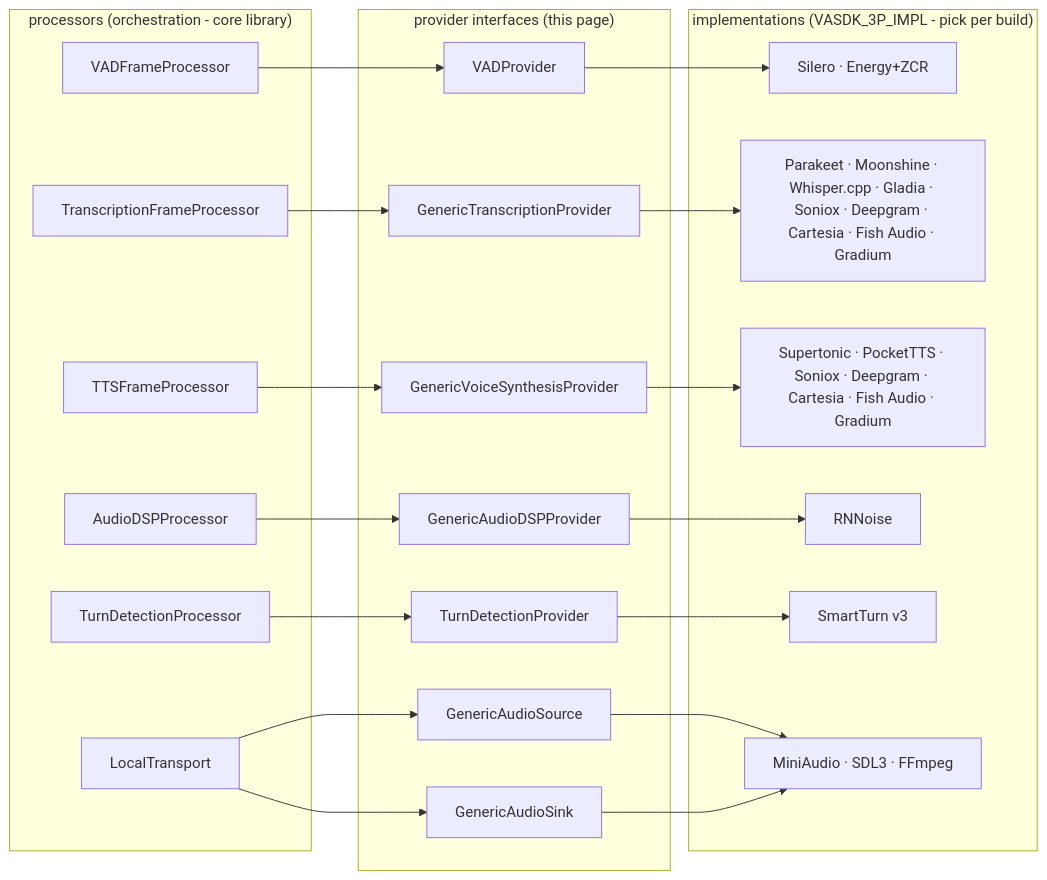
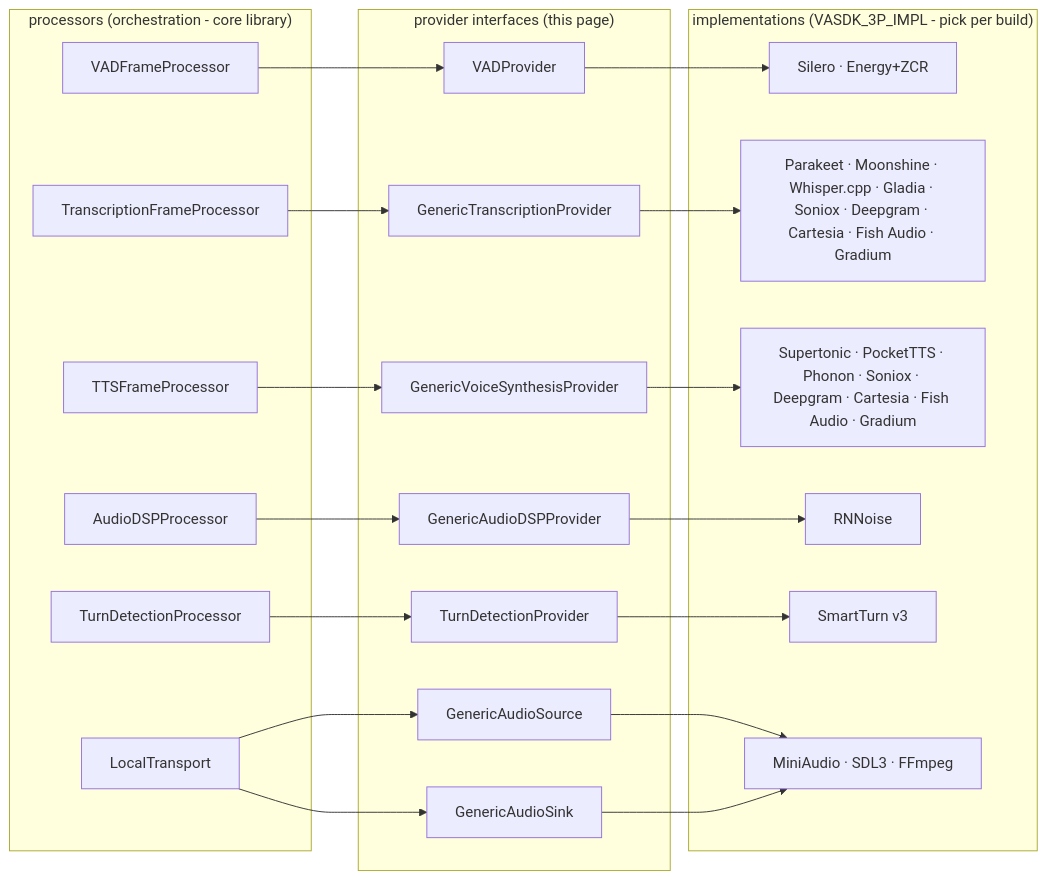
Before and after one commit to fatehmtd/VASDK: the diagram in docs/reference/providers.md, drawn with Mermaid. The commit also changed other lines of this file and 36 other files, not shown here.

````diff
--- a/docs/reference/providers.md
+++ b/docs/reference/providers.md
@@ -7,34 +7,34 @@
 ```mermaid
 flowchart LR
     subgraph Processors["processors (orchestration - core library)"]
         VADP["VADFrameProcessor"]
         STTP["TranscriptionFrameProcessor"]
         TTSP["TTSFrameProcessor"]
         DSPP["AudioDSPProcessor"]
         TDP["TurnDetectionProcessor"]
         LT["LocalTransport"]
     end
     subgraph Providers["provider interfaces (this page)"]
         VAD["VADProvider"]
         STT["GenericTranscriptionProvider"]
         TTS["GenericVoiceSynthesisProvider"]
         DSP["GenericAudioDSPProvider"]
         TD["TurnDetectionProvider"]
         SRC["GenericAudioSource"]
         SNK["GenericAudioSink"]
     end
     subgraph Impls["implementations (VASDK_3P_IMPL - pick per build)"]
         I1["Silero · Energy+ZCR"]
         I2["Parakeet · Moonshine · Whisper.cpp · Gladia · Soniox · Deepgram · Cartesia · Fish Audio · Gradium"]
-        I3["Supertonic · PocketTTS · Soniox · Deepgram · Cartesia · Fish Audio · Gradium"]
+        I3["Supertonic · PocketTTS · Phonon · Soniox · Deepgram · Cartesia · Fish Audio · Gradium"]
         I4["RNNoise"]
         I5["SmartTurn v3"]
         I6["MiniAudio · SDL3 · FFmpeg"]
     end
     VADP --> VAD --> I1
     STTP --> STT --> I2
     TTSP --> TTS --> I3
     DSPP --> DSP --> I4
     TDP --> TD --> I5
     LT --> SRC & SNK --> I6
 ```
````
